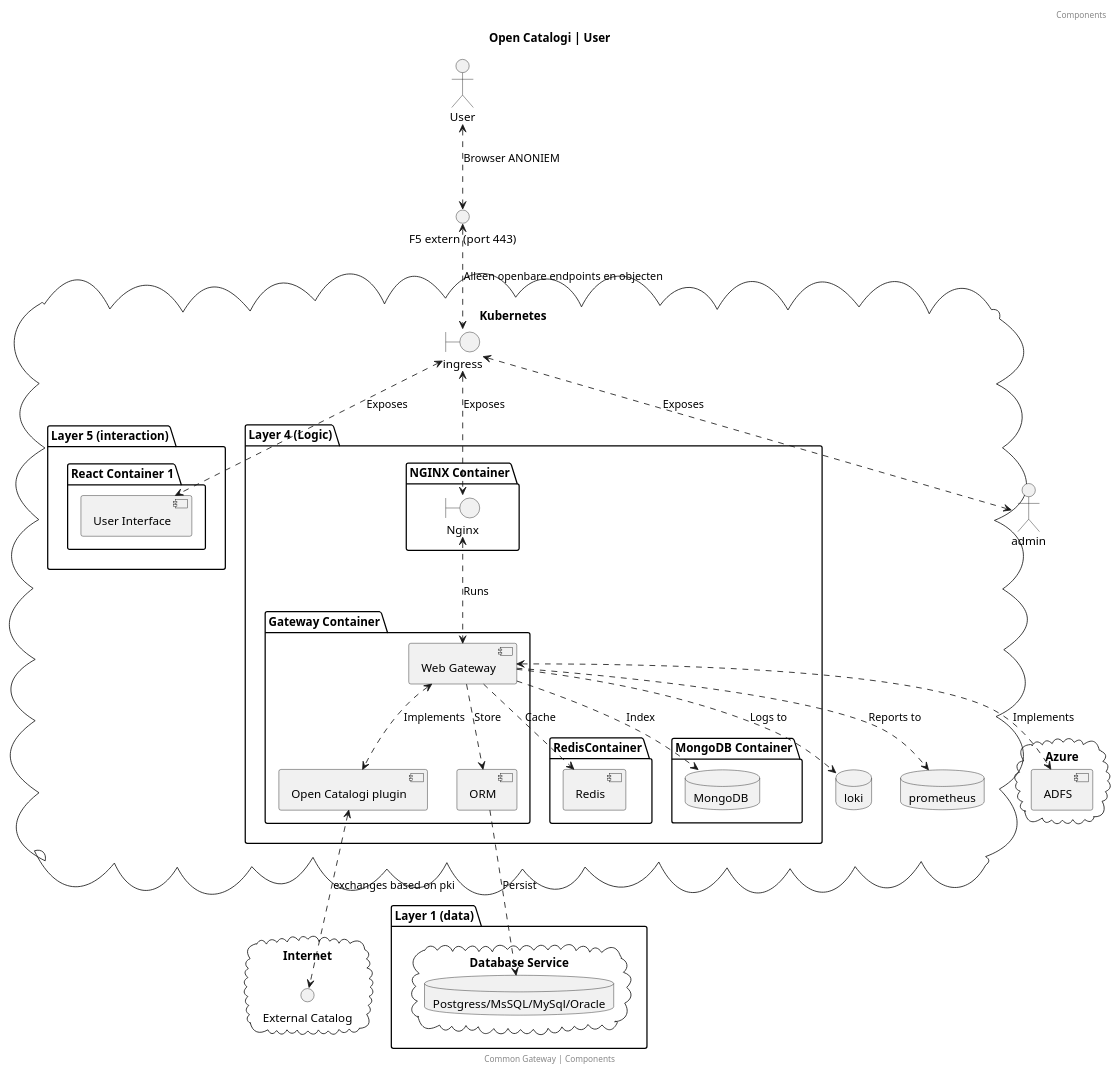
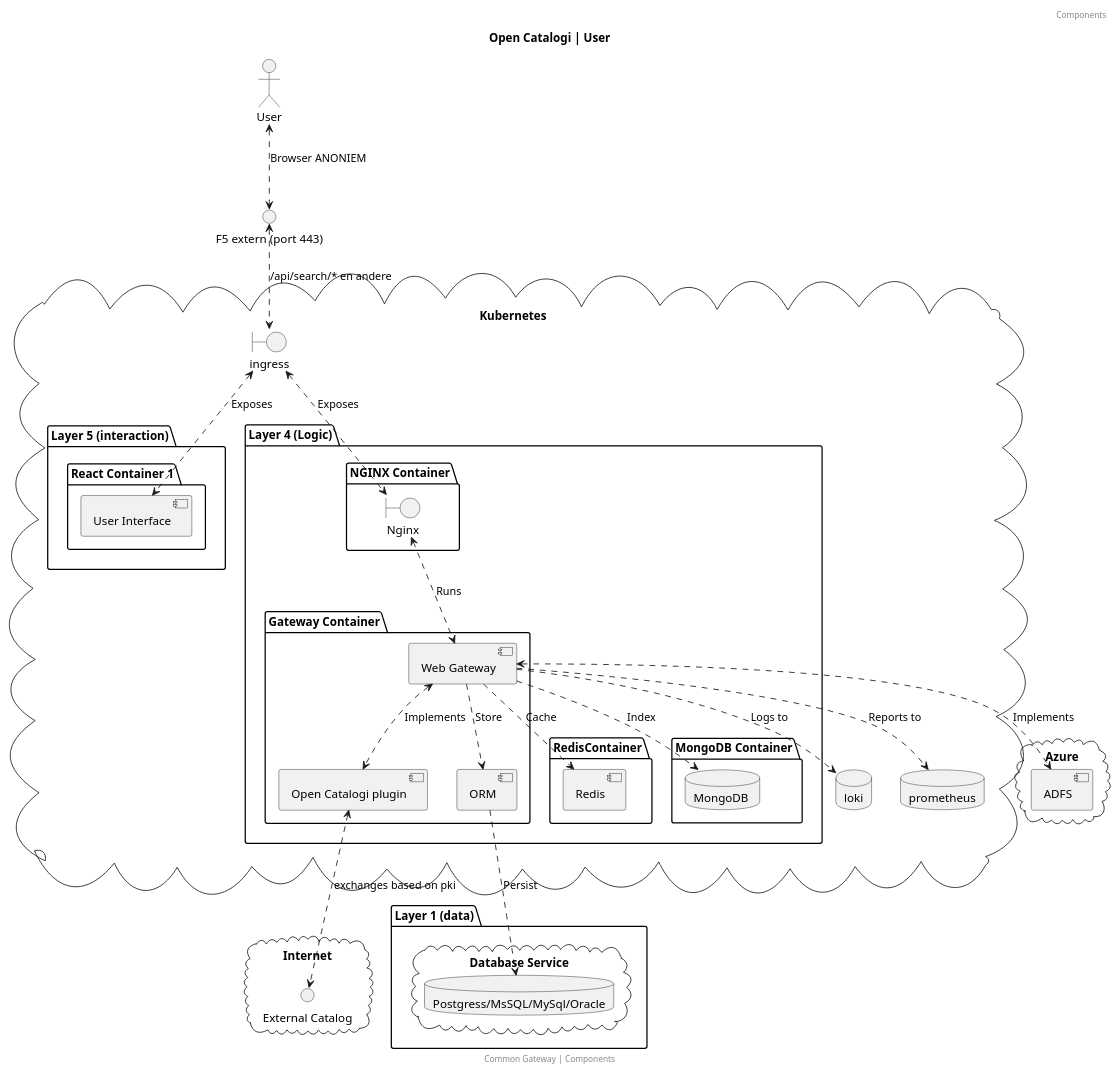
Before and after one commit to OpenCatalogi/OpenCatalogiBundle: the diagram in docs/oc_user.puml, drawn with PlantUML. The commit also changed 2 other files, not shown here.

Commit message:
Endpoints in plaatjes

```diff
--- a/docs/oc_user.puml
+++ b/docs/oc_user.puml
@@ -1,76 +1,75 @@
 @startuml
 title: Open Catalogi | User
 footer: Common Gateway | Components
 header: Components
 
 actor "User" as user
 interface "F5 extern (port 443)" as f5extern
 
 cloud "Azure"{
  [ADFS]  as identity
 }
 
 cloud "Internet"{
 interface "External Catalog" as externalCatalog
 }
 
 
 cloud "Kubernetes"{
 
 boundary "ingress" as ingress
 database loki
 database prometheus
 
 package "Layer 5 (interaction)" {
 package "React Container 1" {
  [User Interface]  as ui
 }
 }
 
 
 package "Layer 4 (Logic)" {
 package "NGINX Container" {
  boundary "Nginx" as Nginx
 }
 
 package "Gateway Container" {
  [Open Catalogi plugin] as Plugins
  [Web Gateway] as Gateway
  [ORM] as ORM
 }
 
 package "RedisContainer" {
  [Redis] as Redis
 }
 
 
 package "MongoDB Container" {
  database  "MongoDB " as MognoDB
 }
 }
 
 }
 
 package "Layer 1 (data)" {
 cloud "Database Service"{
  database  "Postgress/MsSQL/MySql/Oracle" as db
 }
 }
 
 user <..> f5extern: Browser ANONIEM
-f5extern <..> ingress: Alleen openbare endpoints en objecten
+f5extern <..> ingress: /api/search/* en andere
 
 ingress <..> ui: Exposes
-ingress <..> admin: Exposes
 ingress <..> Nginx: Exposes
 Nginx  <..> Gateway: Runs
 Gateway <..> Plugins: Implements
 Gateway <..> identity: Implements
 Gateway ..> loki: Logs to
 Gateway ..> prometheus: Reports to
 Plugins <..> externalCatalog: exchanges based on pki
 Gateway ..> MognoDB: Index
 Gateway ..> Redis: Cache
 Gateway ..> ORM: Store
 ORM  ..> db: Persist
 @enduml
```
